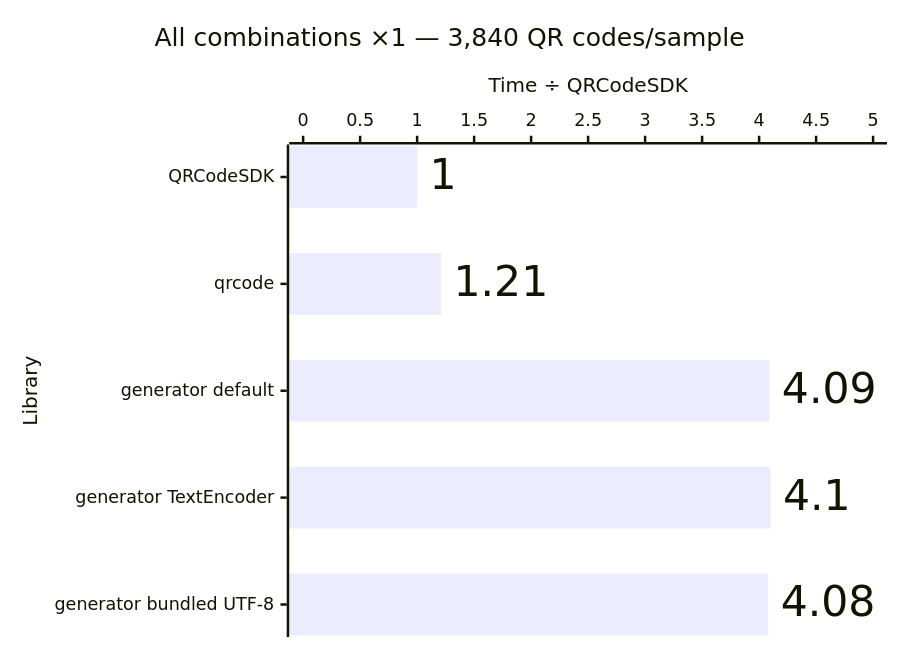
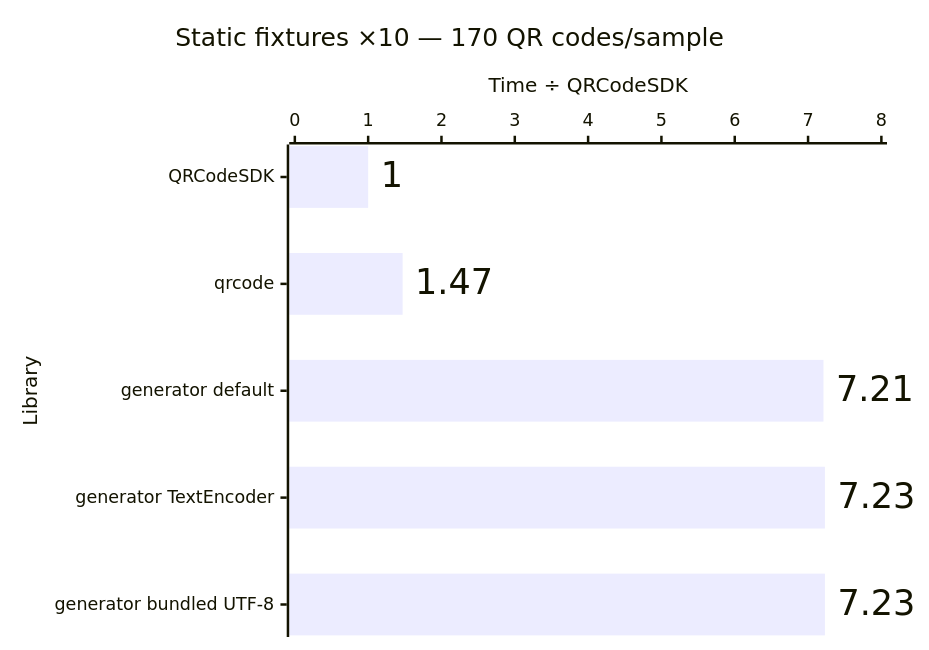
The sixth of 11 diagrams in apps/docs/src/content/docs/learn/performance.md (Dafnik/qrcodesdk), drawn with Mermaid before and after one commit. The commit also changed other lines of this file and 23 other files, not shown here.

````diff
--- a/apps/docs/src/content/docs/learn/performance.md
+++ b/apps/docs/src/content/docs/learn/performance.md
@@ -106,15 +136,15 @@
 ```mermaid
 ---
 config:
   xyChart:
     showDataLabel: true
     showDataLabelOutsideBar: true
 ---
 xychart horizontal
-  accTitle: Matrix generation: All combinations ×1 — 3,840 QR codes/sample
-  accDescr: Relative median time compared with QRCodeSDK. QRCodeSDK 1.00 times, qrcode 1.21 times, generator default 4.09 times, generator TextEncoder 4.10 times, generator bundled UTF-8 4.08 times. Lower is better.
-  title "All combinations ×1 — 3,840 QR codes/sample"
+  accTitle: Automatic matrix generation: Static fixtures ×10 — 170 QR codes/sample
+  accDescr: Relative median time compared with QRCodeSDK. QRCodeSDK 1.00 times, qrcode 1.47 times, generator default 7.21 times, generator TextEncoder 7.23 times, generator bundled UTF-8 7.23 times. Lower is better.
+  title "Static fixtures ×10 — 170 QR codes/sample"
   x-axis "Library" ["QRCodeSDK", "qrcode", "generator default", "generator TextEncoder", "generator bundled UTF-8"]
-  y-axis "Time ÷ QRCodeSDK" 0 --> 5.0
-  bar [1.00, 1.21, 4.09, 4.10, 4.08]
+  y-axis "Time ÷ QRCodeSDK" 0 --> 8.0
+  bar [1.00, 1.47, 7.21, 7.23, 7.23]
 ```
````
